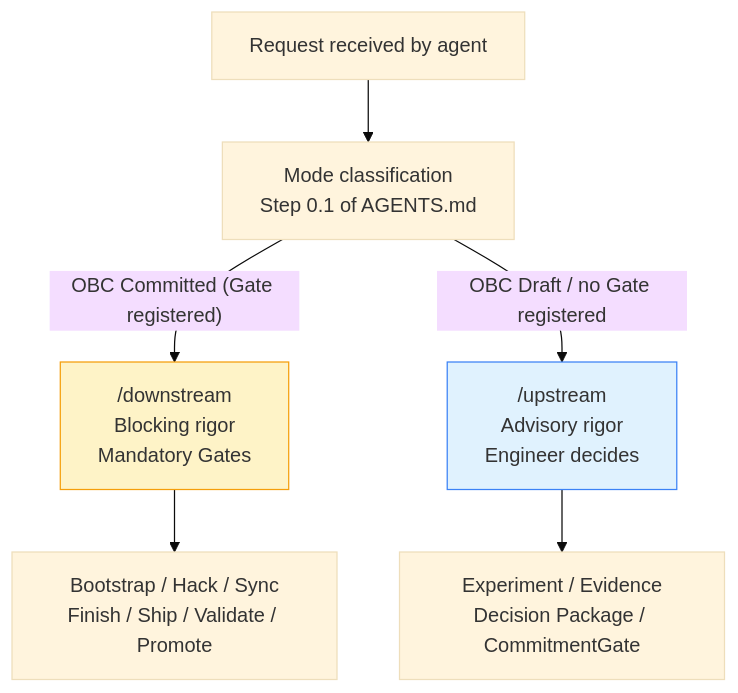
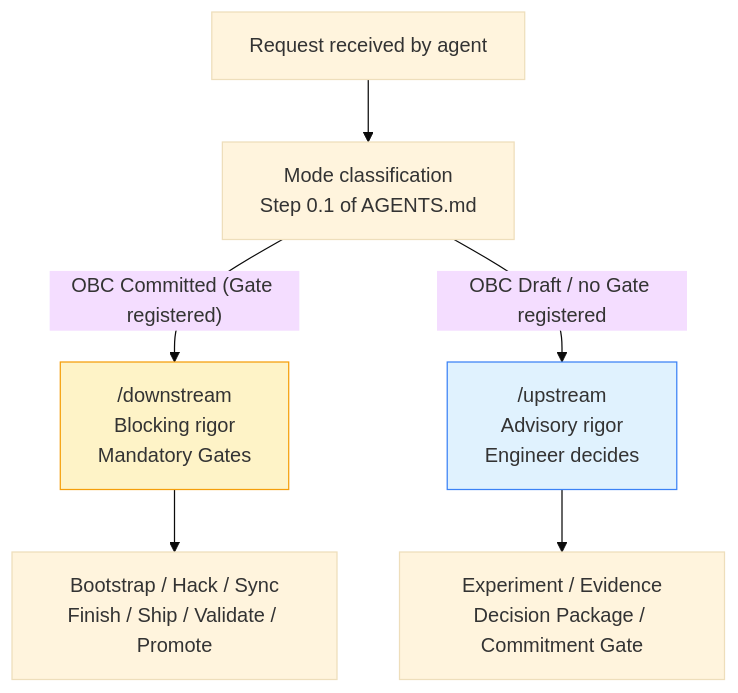
Before and after one commit to produtoreativo/from-intent-to-outcome: the diagram in en/chapter-10.md, drawn with Mermaid (base theme). The commit also changed other lines of this file and 26 other files, not shown here.

````diff
--- a/en/chapter-10.md
+++ b/en/chapter-10.md
@@ -67,11 +67,11 @@
 ```mermaid
 graph TD
     REQ["Request received by agent"] --> CLASS["Mode classification\nStep 0.1 of AGENTS.md"]
     CLASS -->|"OBC Committed (Gate registered)"| DS["/downstream\nBlocking rigor\nMandatory Gates"]
     CLASS -->|"OBC Draft / no Gate registered"| US["/upstream\nAdvisory rigor\nEngineer decides"]
     DS --> SKILLS_DS["Bootstrap / Hack / Sync\nFinish / Ship / Validate / Promote"]
-    US --> SKILLS_US["Experiment / Evidence\nDecision Package / CommitmentGate"]
+    US --> SKILLS_US["Experiment / Evidence\nDecision Package / Commitment Gate"]
 
     style DS fill:#FEF3C7,stroke:#F59E0B
     style US fill:#E0F2FE,stroke:#3B82F6
 ```
````
